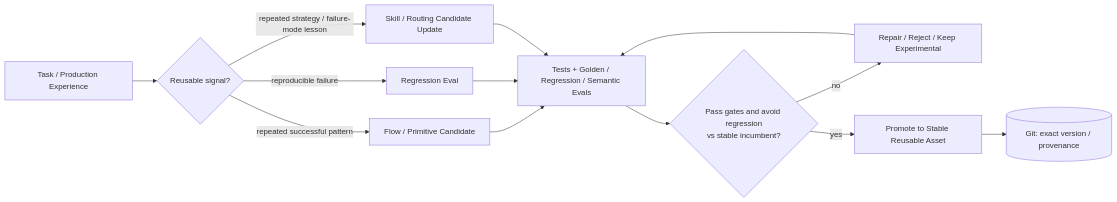
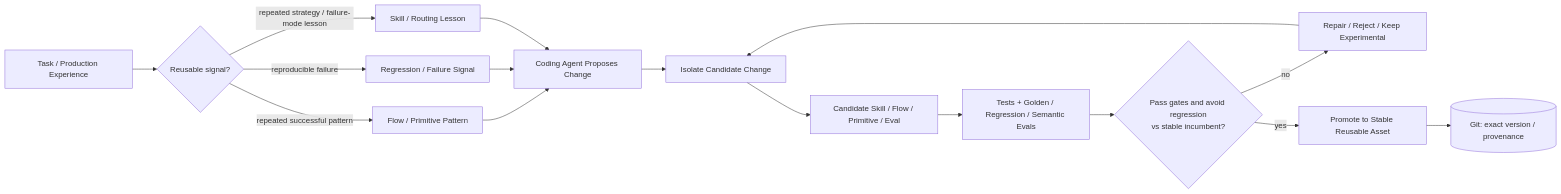
Before and after one commit to n0namer/skills-for-decision-making: the fourth of 6 diagrams in docs/architecture/README.md, drawn with Mermaid. The commit also changed other lines of this file, not shown here.

````diff
--- a/docs/architecture/README.md
+++ b/docs/architecture/README.md
@@ -110,18 +116,22 @@
 ```mermaid
 flowchart LR
     EXPERIENCE["Task / Production Experience"] --> KIND{"Reusable signal?"}
 
-    KIND -->|"repeated successful pattern"| CAND["Flow / Primitive Candidate"]
-    KIND -->|"reproducible failure"| REG["Regression Eval"]
-    KIND -->|"repeated strategy / failure-mode lesson"| SKILL["Skill / Routing Candidate Update"]
+    KIND -->|"repeated successful pattern"| PATTERN["Flow / Primitive Pattern"]
+    KIND -->|"reproducible failure"| FAILURE["Regression / Failure Signal"]
+    KIND -->|"repeated strategy / failure-mode lesson"| LESSON["Skill / Routing Lesson"]
 
+    PATTERN --> AGENT["Coding Agent Proposes Change"]
+    FAILURE --> AGENT
+    LESSON --> AGENT
+
+    AGENT --> ISOLATE["Isolate Candidate Change"]
+    ISOLATE --> CAND["Candidate Skill / Flow / Primitive / Eval"]
     CAND --> TEST["Tests + Golden / Regression / Semantic Evals"]
-    REG --> TEST
-    SKILL --> TEST
 
     TEST --> INC{"Pass gates and avoid regression\nvs stable incumbent?"}
     INC -->|"no"| REPAIR["Repair / Reject / Keep Experimental"]
-    REPAIR --> TEST
+    REPAIR --> ISOLATE
     INC -->|"yes"| STABLE["Promote to Stable Reusable Asset"]
     STABLE --> GIT[("Git: exact version / provenance")]
 ```
````
